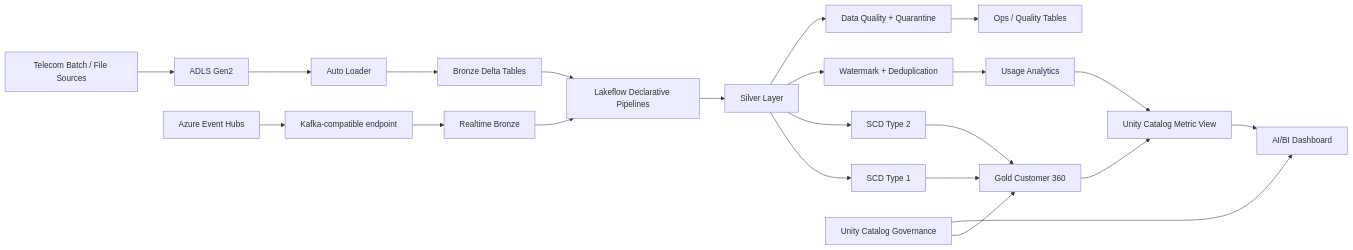
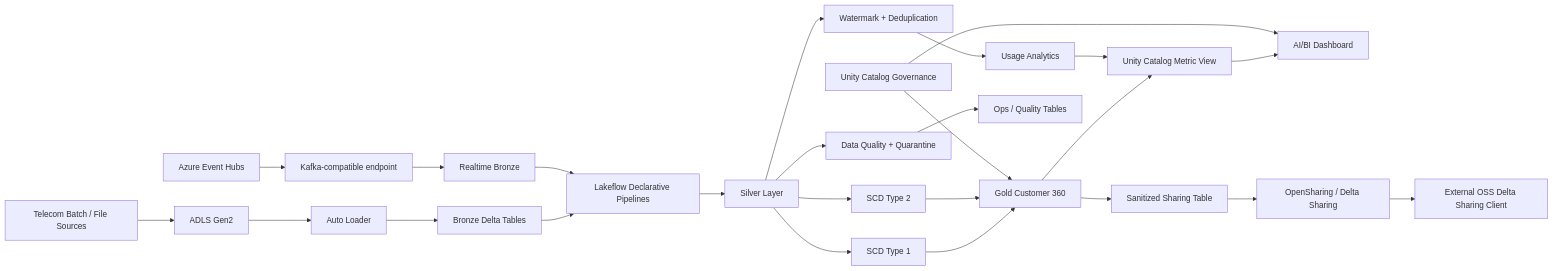
One commit to Vishnu567456/azure-telecom-customer360 changed the diagram in README.md. Above: the diagram before and after it, drawn with Mermaid. The commit also changed other lines of this file, not shown here.

Commit message:
Mark OpenSharing as externally verified

````diff
--- a/README.md
+++ b/README.md
@@ -11,26 +11,29 @@
 ```mermaid
 flowchart LR
     A[Telecom Batch / File Sources] --> B[ADLS Gen2]
     B --> C[Auto Loader]
     C --> D[Bronze Delta Tables]
 
     EH[Azure Event Hubs] --> EK[Kafka-compatible endpoint]
     EK --> ER[Realtime Bronze]
 
     D --> E[Lakeflow Declarative Pipelines]
     ER --> E
     E --> F[Silver Layer]
     F --> G[SCD Type 1]
     F --> H[SCD Type 2]
     F --> I[Watermark + Deduplication]
     F --> J[Data Quality + Quarantine]
     G --> K[Gold Customer 360]
     H --> K
     I --> L[Usage Analytics]
     J --> M[Ops / Quality Tables]
     K --> N[Unity Catalog Metric View]
     L --> N
     N --> O[AI/BI Dashboard]
     P[Unity Catalog Governance] --> K
     P --> O
+    K --> S[Sanitized Sharing Table]
+    S --> OS[OpenSharing / Delta Sharing]
+    OS --> EC[External OSS Delta Sharing Client]
 ```
````
